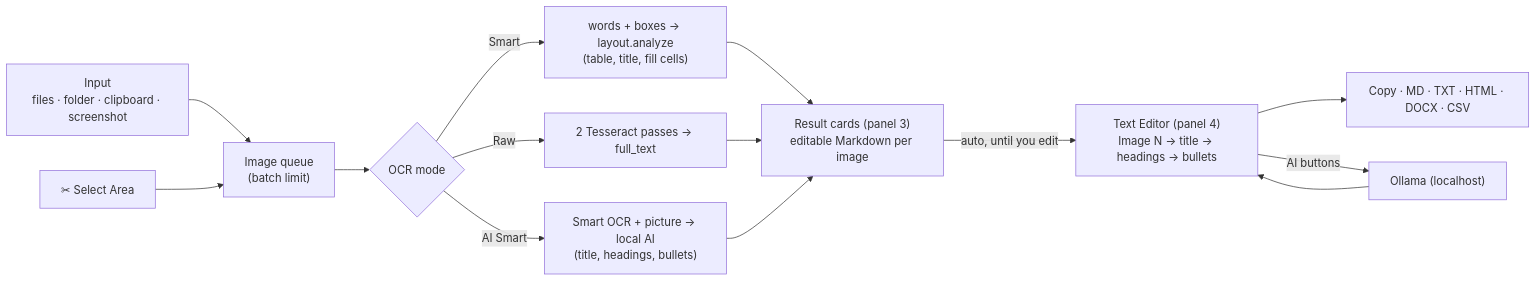
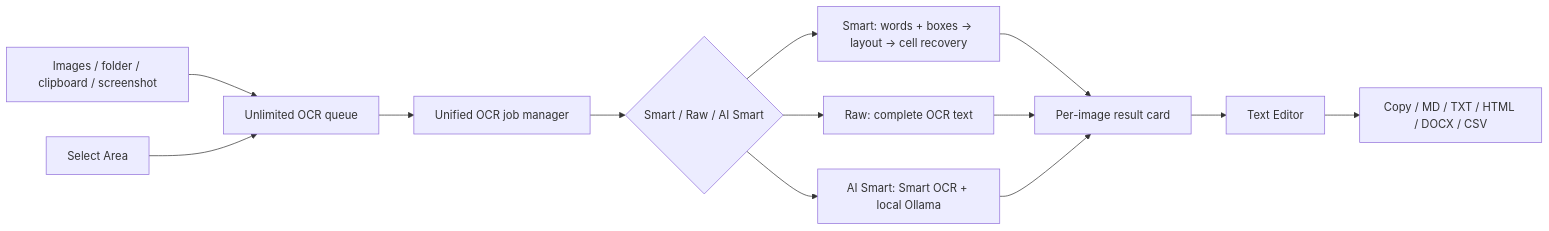
Before and after one commit to awsrmmustansarjavaid/charliemj-ocr-studio: the diagram in docs/ARCHITECTURE.md, drawn with Mermaid. The commit also changed other lines of this file and 24 other files, not shown here.

````diff
--- a/docs/ARCHITECTURE.md
+++ b/docs/ARCHITECTURE.md
@@ -8,16 +7,15 @@
 ```mermaid
 flowchart LR
-    A["Input<br/>files · folder · clipboard · screenshot"] --> Q["Image queue<br/>(batch limit)"]
-    S["✂ Select Area"] --> Q
-    Q --> M{"OCR mode"}
-    M -->|Smart| SM["words + boxes → layout.analyze<br/>(table, title, fill cells)"]
-    M -->|Raw| RW["2 Tesseract passes → full_text"]
-    M -->|AI Smart| AI["Smart OCR + picture → local AI<br/>(title, headings, bullets)"]
-    SM --> C["Result cards (panel 3)<br/>editable Markdown per image"]
-    RW --> C
+    A["Images / folder / clipboard / screenshot"] --> Q["Unlimited OCR queue"]
+    A2["Select Area"] --> Q
+    Q --> J["Unified OCR job manager"]
+    J --> M{"Smart / Raw / AI Smart"}
+    M --> S["Smart: words + boxes → layout → cell recovery"]
+    M --> R["Raw: complete OCR text"]
+    M --> AI["AI Smart: Smart OCR + local Ollama"]
+    S --> C["Per-image result card"]
+    R --> C
     AI --> C
-    C -->|"auto, until you edit"| E["Text Editor (panel 4)<br/>Image N → title → headings → bullets"]
-    E --> X["Copy · MD · TXT · HTML · DOCX · CSV"]
-    E -->|"AI buttons"| AI2["Ollama (localhost)"]
-    AI2 --> E
+    C --> E["Text Editor"]
+    E --> X["Copy / MD / TXT / HTML / DOCX / CSV"]
 ```
````
